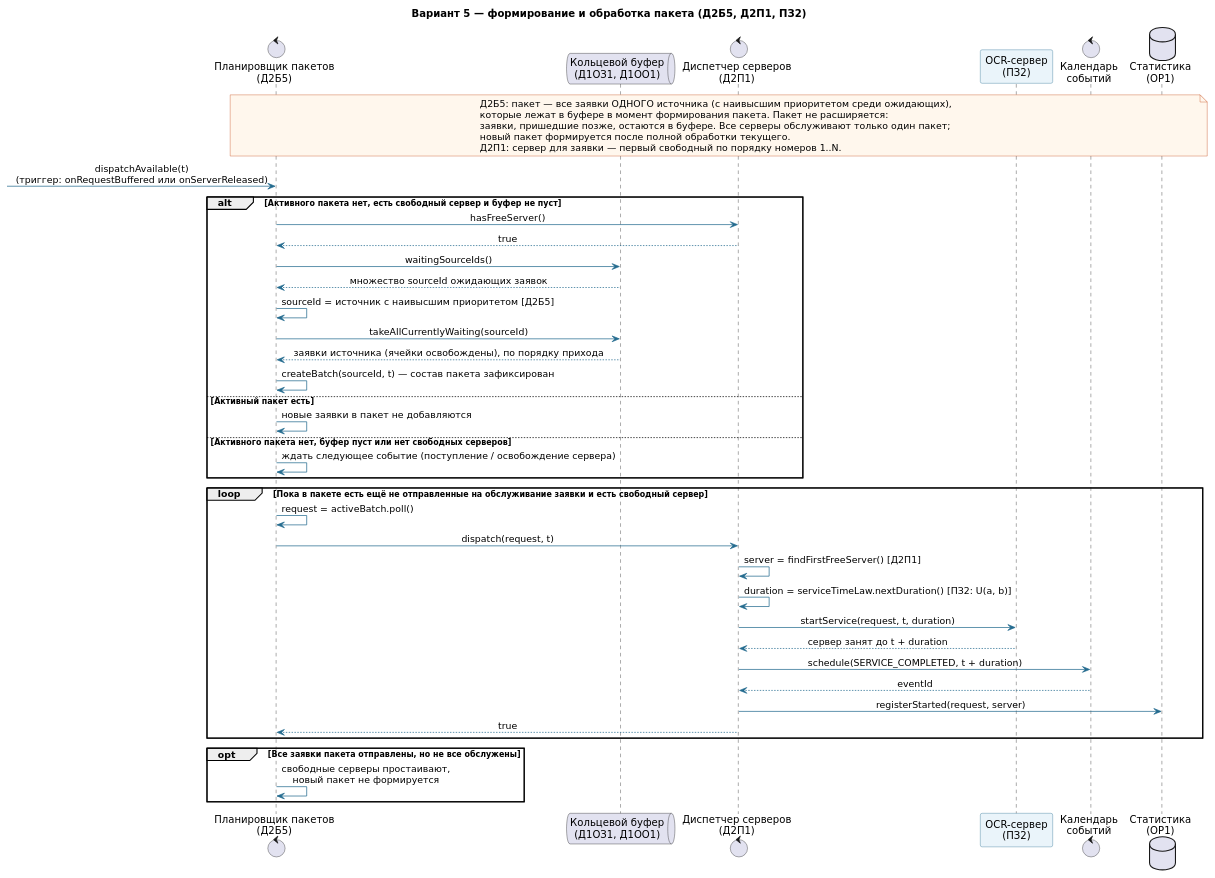
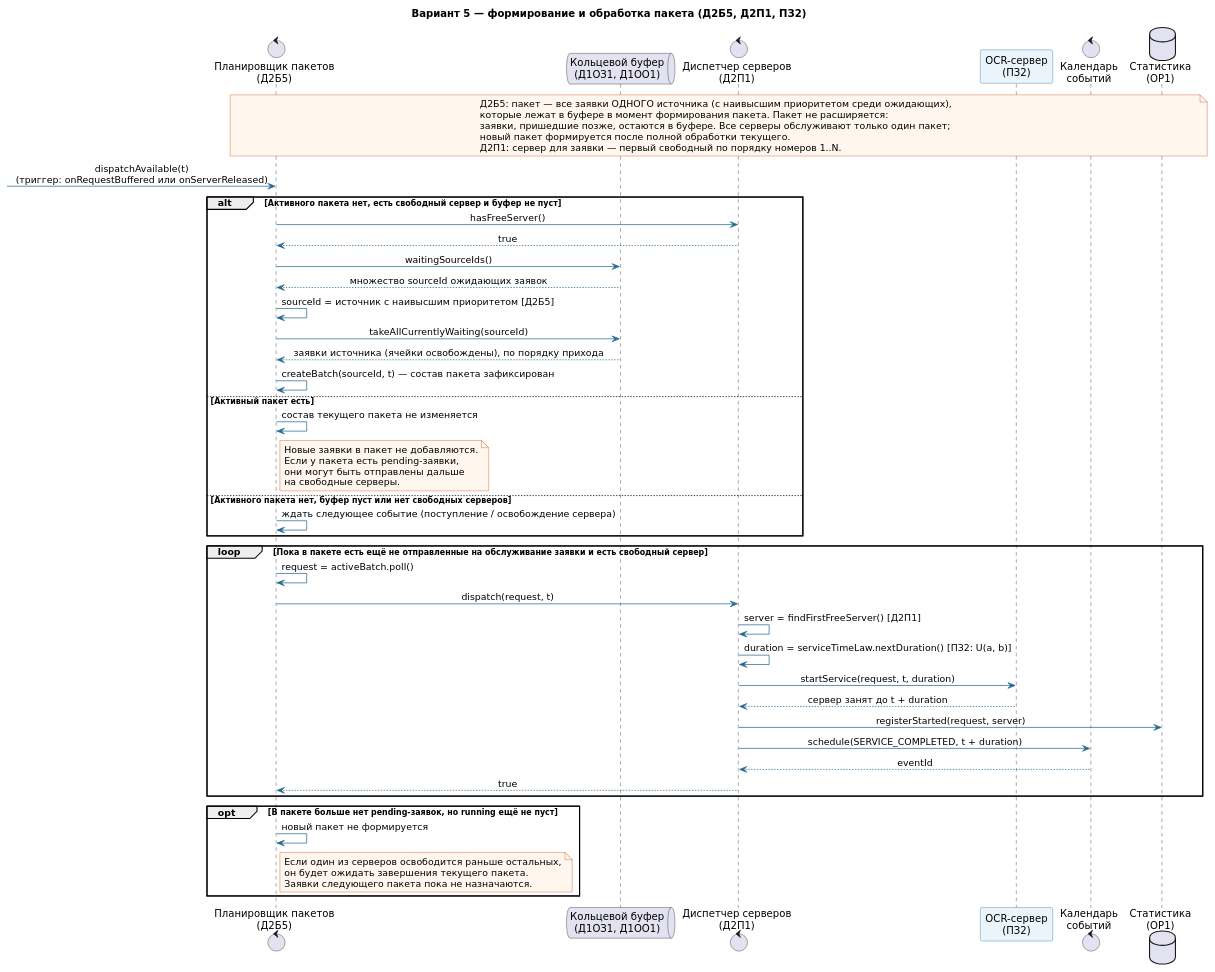
The diagram in smo-ocr-variant-5/diagrams/sequence/batch-processing.puml (xanaoxx/smo-ocr-variant-5), drawn with PlantUML before and after one commit.

```diff
--- a/smo-ocr-variant-5/diagrams/sequence/batch-processing.puml
+++ b/smo-ocr-variant-5/diagrams/sequence/batch-processing.puml
@@ -1,62 +1,73 @@
 @startuml
 skinparam backgroundColor white
 skinparam shadowing false
 skinparam defaultFontName DejaVu Sans
 skinparam sequenceMessageAlign center
 skinparam ArrowColor #236B8E
 skinparam ParticipantBorderColor #236B8E
 skinparam ParticipantBackgroundColor #EAF4FA
 skinparam NoteBackgroundColor #FFF7ED
 skinparam NoteBorderColor #C2410C
 
 title Вариант 5 — формирование и обработка пакета (Д2Б5, Д2П1, ПЗ2)
 
 control "Планировщик пакетов\n(Д2Б5)" as Batch
 queue "Кольцевой буфер\n(Д1ОЗ1, Д1ОО1)" as Buffer
 control "Диспетчер серверов\n(Д2П1)" as ServerDispatch
 participant "OCR-сервер\n(ПЗ2)" as Worker
 control "Календарь\nсобытий" as Calendar
 database "Статистика\n(ОР1)" as Stats
 
 note over Batch, Stats
 Д2Б5: пакет — все заявки ОДНОГО источника (с наивысшим приоритетом среди ожидающих),
 которые лежат в буфере в момент формирования пакета. Пакет не расширяется:
 заявки, пришедшие позже, остаются в буфере. Все серверы обслуживают только один пакет;
 новый пакет формируется после полной обработки текущего.
 Д2П1: сервер для заявки — первый свободный по порядку номеров 1..N.
 end note
 
 [-> Batch: dispatchAvailable(t)\n(триггер: onRequestBuffered или onServerReleased)
 
 alt Активного пакета нет, есть свободный сервер и буфер не пуст
   Batch -> ServerDispatch: hasFreeServer()
   ServerDispatch --> Batch: true
   Batch -> Buffer: waitingSourceIds()
   Buffer --> Batch: множество sourceId ожидающих заявок
   Batch -> Batch: sourceId = источник с наивысшим приоритетом [Д2Б5]
   Batch -> Buffer: takeAllCurrentlyWaiting(sourceId)
   Buffer --> Batch: заявки источника (ячейки освобождены), по порядку прихода
   Batch -> Batch: createBatch(sourceId, t) — состав пакета зафиксирован
 else Активный пакет есть
-  Batch -> Batch: новые заявки в пакет не добавляются
+  Batch -> Batch: состав текущего пакета не изменяется
+  note right of Batch
+    Новые заявки в пакет не добавляются.
+    Если у пакета есть pending-заявки,
+    они могут быть отправлены дальше
+    на свободные серверы.
+  end note
 else Активного пакета нет, буфер пуст или нет свободных серверов
   Batch -> Batch: ждать следующее событие (поступление / освобождение сервера)
 end
 
 loop Пока в пакете есть ещё не отправленные на обслуживание заявки и есть свободный сервер
   Batch -> Batch: request = activeBatch.poll()
   Batch -> ServerDispatch: dispatch(request, t)
   ServerDispatch -> ServerDispatch: server = findFirstFreeServer() [Д2П1]
   ServerDispatch -> ServerDispatch: duration = serviceTimeLaw.nextDuration() [ПЗ2: U(a, b)]
   ServerDispatch -> Worker: startService(request, t, duration)
   Worker --> ServerDispatch: сервер занят до t + duration
+  ServerDispatch -> Stats: registerStarted(request, server)
   ServerDispatch -> Calendar: schedule(SERVICE_COMPLETED, t + duration)
   Calendar --> ServerDispatch: eventId
-  ServerDispatch -> Stats: registerStarted(request, server)
   ServerDispatch --> Batch: true
 end
 
-opt Все заявки пакета отправлены, но не все обслужены
-  Batch -> Batch: свободные серверы простаивают,\nновый пакет не формируется
+opt В пакете больше нет pending-заявок, но running ещё не пуст
+  Batch -> Batch: новый пакет не формируется
+  note right of Batch
+    Если один из серверов освободится раньше остальных,
+    он будет ожидать завершения текущего пакета.
+    Заявки следующего пакета пока не назначаются.
+  end note
 end
 @enduml
```
